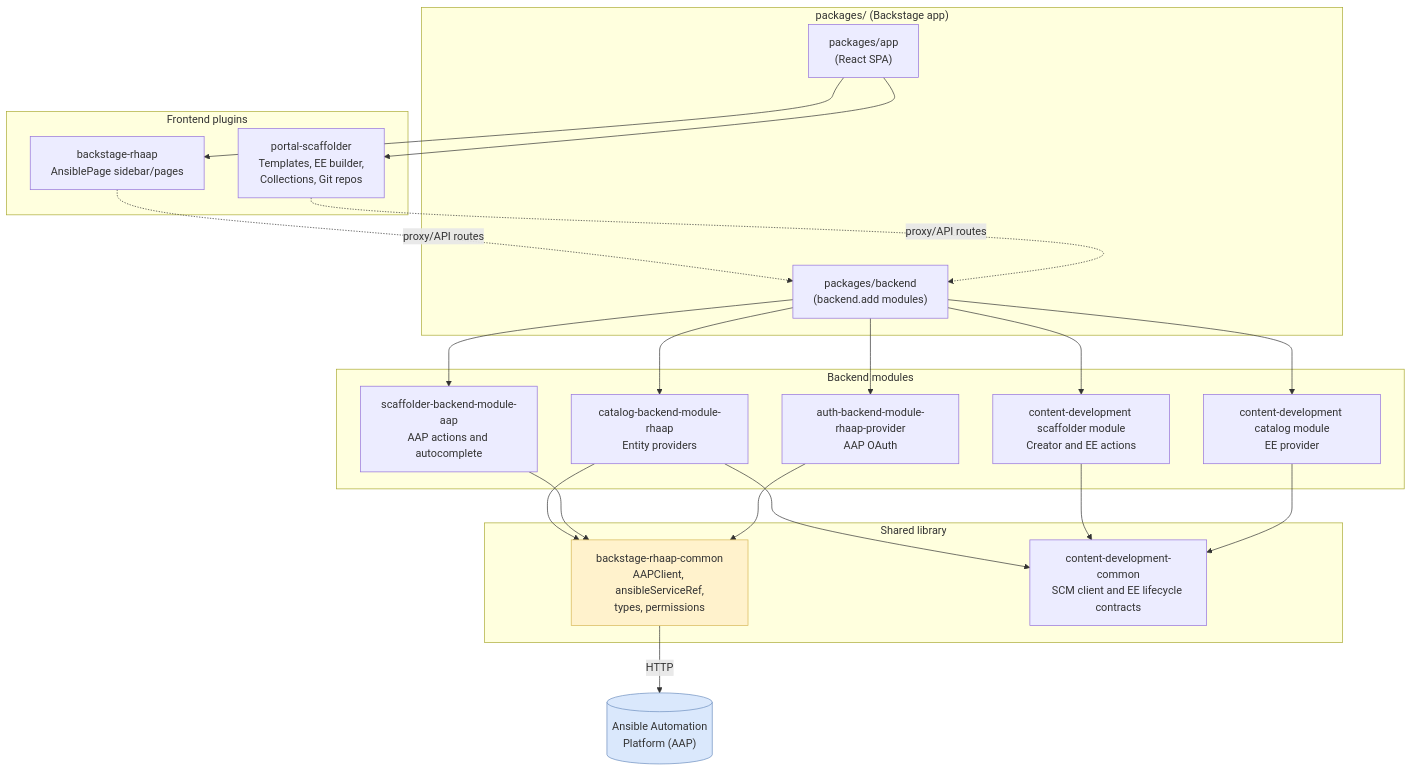
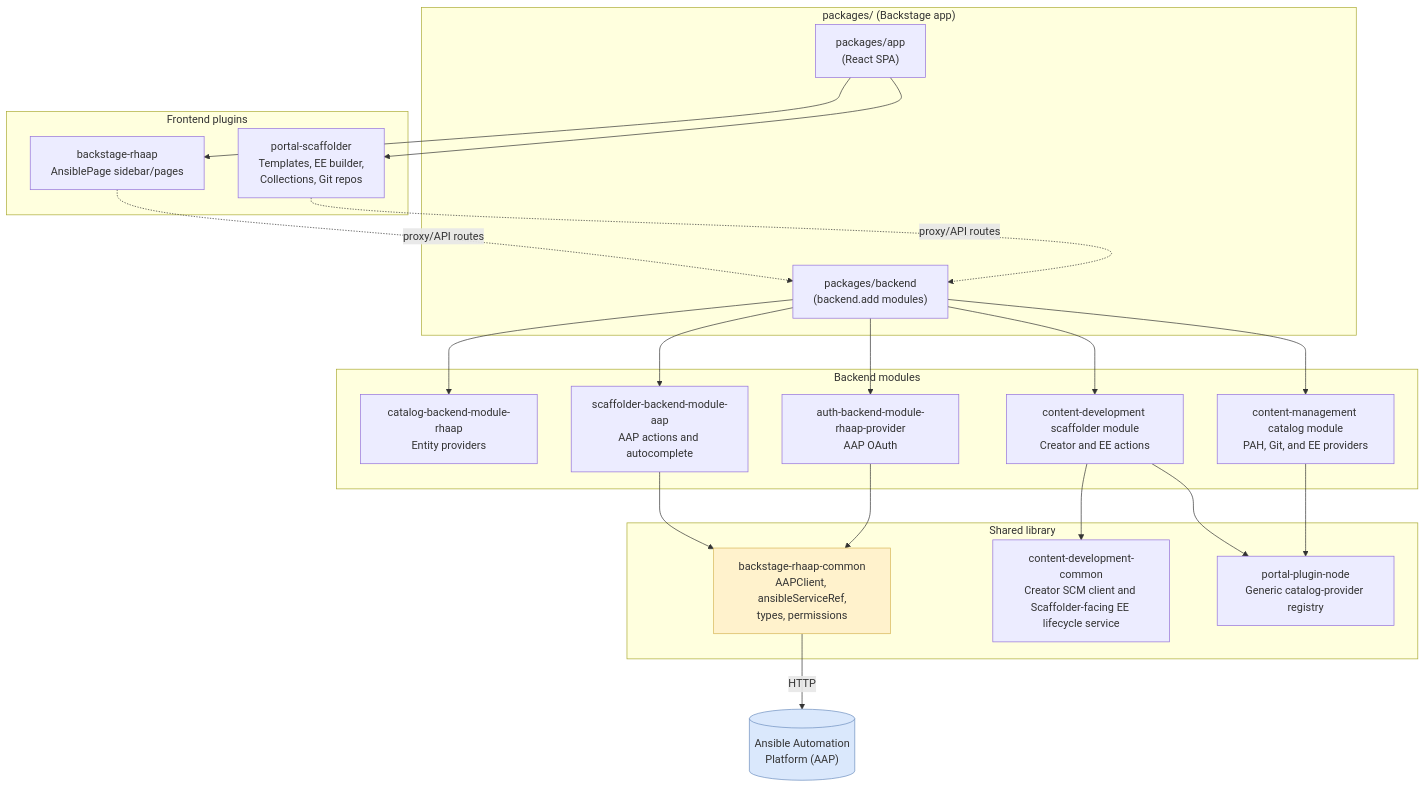
The diagram in docs/diagrams/architecture/repo-plugin-map.mmd (ansible/ansible-backstage-plugins), drawn with Mermaid before and after one commit. The commit also changed 33 other files, not shown here.

First line of the commit message:
feat(content): move EE provider to content-management

```diff
--- a/docs/diagrams/architecture/repo-plugin-map.mmd
+++ b/docs/diagrams/architecture/repo-plugin-map.mmd
@@ -1,49 +1,49 @@
 %%{init: {'themeVariables': {'fontFamily': 'Red Hat Text'}}}%%
 flowchart TD
   subgraph App["packages/ (Backstage app)"]
     Frontend["packages/app<br/>(React SPA)"]
     Backend["packages/backend<br/>(backend.add modules)"]
   end
 
   subgraph Common["Shared library"]
     Common1["backstage-rhaap-common<br/>AAPClient, ansibleServiceRef,<br/>types, permissions"]
-    ContentCommon["content-development-common<br/>SCM client and EE lifecycle contracts"]
+    ContentCommon["content-development-common<br/>Creator SCM client and Scaffolder-facing EE lifecycle service"]
+    PortalNode["portal-plugin-node<br/>Generic catalog-provider registry"]
   end
 
   subgraph FrontendPlugins["Frontend plugins"]
     RhaapFE["backstage-rhaap<br/>AnsiblePage sidebar/pages"]
     SelfService["portal-scaffolder<br/>Templates, EE builder,<br/>Collections, Git repos"]
   end
 
   subgraph BackendModules["Backend modules"]
     CatalogMod["catalog-backend-module-rhaap<br/>Entity providers"]
     AapScaffolderMod["scaffolder-backend-module-aap<br/>AAP actions and autocomplete"]
     ContentDevelopmentScaffolderMod["content-development scaffolder module<br/>Creator and EE actions"]
-    ContentDevelopmentCatalogMod["content-development catalog module<br/>EE provider"]
+    ContentManagementCatalogMod["content-management catalog module<br/>PAH, Git, and EE providers"]
     AuthMod["auth-backend-module-rhaap-provider<br/>AAP OAuth"]
   end
 
   AAP[("Ansible Automation<br/>Platform (AAP)")]
 
   Backend --> CatalogMod
   Backend --> AapScaffolderMod
   Backend --> ContentDevelopmentScaffolderMod
-  Backend --> ContentDevelopmentCatalogMod
+  Backend --> ContentManagementCatalogMod
   Backend --> AuthMod
 
   RhaapFE -. proxy/API routes .-> Backend
   SelfService -. proxy/API routes .-> Backend
   Frontend --> RhaapFE
   Frontend --> SelfService
 
-  CatalogMod --> Common1
   AapScaffolderMod --> Common1
-  CatalogMod --> ContentCommon
   ContentDevelopmentScaffolderMod --> ContentCommon
-  ContentDevelopmentCatalogMod --> ContentCommon
+  ContentDevelopmentScaffolderMod --> PortalNode
+  ContentManagementCatalogMod --> PortalNode
   AuthMod --> Common1
 
   Common1 -->|HTTP| AAP
 
   style Common1 fill:#fff2cc,stroke:#d6b656
   style AAP fill:#dae8fc,stroke:#6c8ebf
```
